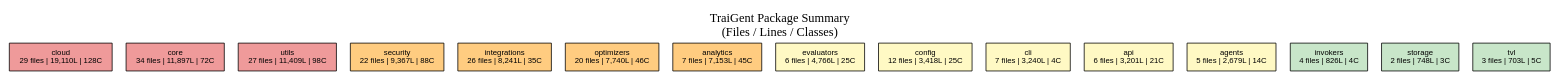
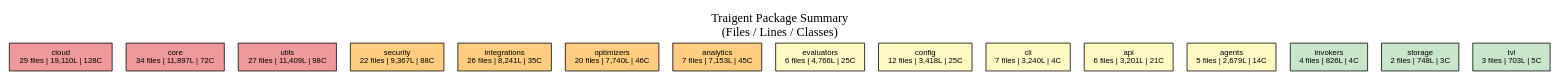
Before and after one commit to Traigent/Traigent: the diagram in tools/architecture/output/focused/package_summary.dot, drawn with Graphviz. The commit also changed 614 other files, not shown here.

```diff
--- a/tools/architecture/output/focused/package_summary.dot
+++ b/tools/architecture/output/focused/package_summary.dot
@@ -1,23 +1,23 @@
 digraph PackageSummary {
     rankdir=TB;
     node [shape=box, style=filled, fontname="Helvetica", fontsize=10];
-    label="TraiGent Package Summary\n(Files / Lines / Classes)";
+    label="Traigent Package Summary\n(Files / Lines / Classes)";
     labelloc=t;
     fontsize=16;
 
     cloud [label="cloud\n29 files | 19,110L | 128C" fillcolor="#ef9a9a"];
     core [label="core\n34 files | 11,897L | 72C" fillcolor="#ef9a9a"];
     utils [label="utils\n27 files | 11,409L | 98C" fillcolor="#ef9a9a"];
     security [label="security\n22 files | 9,367L | 88C" fillcolor="#ffcc80"];
     integrations [label="integrations\n26 files | 8,241L | 35C" fillcolor="#ffcc80"];
     optimizers [label="optimizers\n20 files | 7,740L | 46C" fillcolor="#ffcc80"];
     analytics [label="analytics\n7 files | 7,153L | 45C" fillcolor="#ffcc80"];
     evaluators [label="evaluators\n6 files | 4,766L | 25C" fillcolor="#fff9c4"];
     config [label="config\n12 files | 3,418L | 25C" fillcolor="#fff9c4"];
     cli [label="cli\n7 files | 3,240L | 4C" fillcolor="#fff9c4"];
     api [label="api\n6 files | 3,201L | 21C" fillcolor="#fff9c4"];
     agents [label="agents\n5 files | 2,679L | 14C" fillcolor="#fff9c4"];
     invokers [label="invokers\n4 files | 826L | 4C" fillcolor="#c8e6c9"];
     storage [label="storage\n2 files | 748L | 3C" fillcolor="#c8e6c9"];
     tvl [label="tvl\n3 files | 703L | 5C" fillcolor="#c8e6c9"];
 }
```
